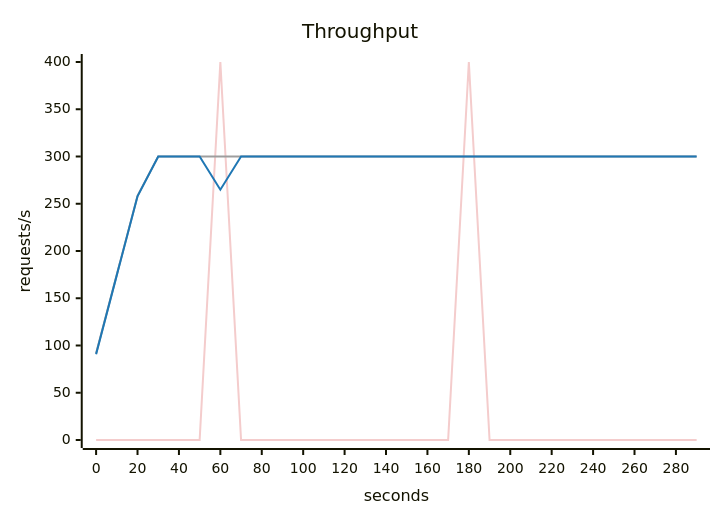
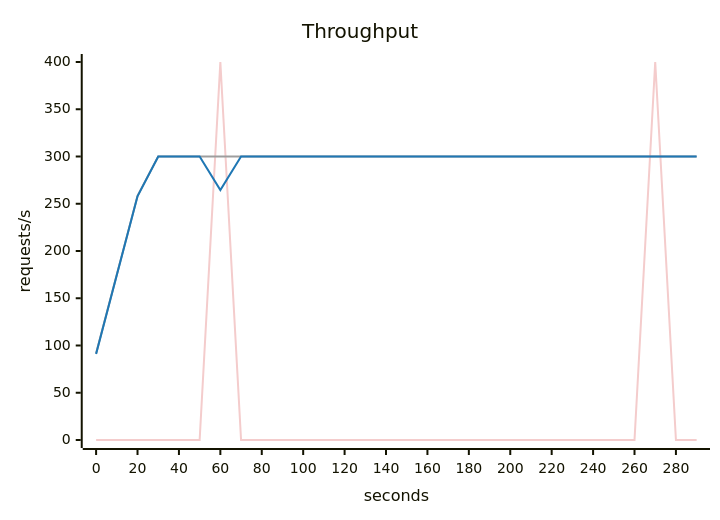
The second of 5 diagrams in scenarios/healthy-but-broken/solutions/deep-health-check/report.md (akinfemi/load-lore), drawn with Mermaid before and after one commit. The commit also changed other lines of this file and 71 other files, not shown here.

````diff
--- a/scenarios/healthy-but-broken/solutions/deep-health-check/report.md
+++ b/scenarios/healthy-but-broken/solutions/deep-health-check/report.md
@@ -36,16 +36,16 @@
 ```mermaid
 ---
 config:
   themeVariables:
     xyChart:
       backgroundColor: "transparent"
       plotColorPalette: "#f4cccc, #9e9e9e, #1f77b4"
 ---
 xychart-beta
     title "Throughput"
     x-axis "seconds" 0 --> 290
     y-axis "requests/s" 0 --> 400
-    line [0, 0, 0, 0, 0, 0, 400, 0, 0, 0, 0, 0, 0, 0, 0, 0, 0, 0, 400, 0, 0, 0, 0, 0, 0, 0, 0, 0, 0, 0]
+    line [0, 0, 0, 0, 0, 0, 400, 0, 0, 0, 0, 0, 0, 0, 0, 0, 0, 0, 0, 0, 0, 0, 0, 0, 0, 0, 0, 400, 0, 0]
     line [91.667, 175, 258.333, 300, 300, 300, 300, 300, 300, 300, 300, 300, 300, 300, 300, 300, 300, 300, 300, 300, 300, 300, 300, 300, 300, 300, 300, 300, 300, 300]
-    line [90.836, 174.473, 257.842, 299.97, 300.029, 299.971, 264.9, 300, 300, 300.029, 299.971, 300, 300.03, 300, 299.971, 300, 300, 300.03, 299.97, 300, 300.03, 299.97, 300, 300, 300, 300, 300, 300.03, 300, 299.97]
+    line [90.904, 174.523, 257.857, 299.985, 300, 299.99, 264.509, 299.971, 300.02, 299.98, 300.02, 300.01, 299.99, 300.01, 299.99, 300.009, 300.001, 300, 300, 299.961, 300.039, 300.02, 299.971, 300.01, 300, 299.99, 299.999, 300.01, 299.99, 300]
 ```
````
